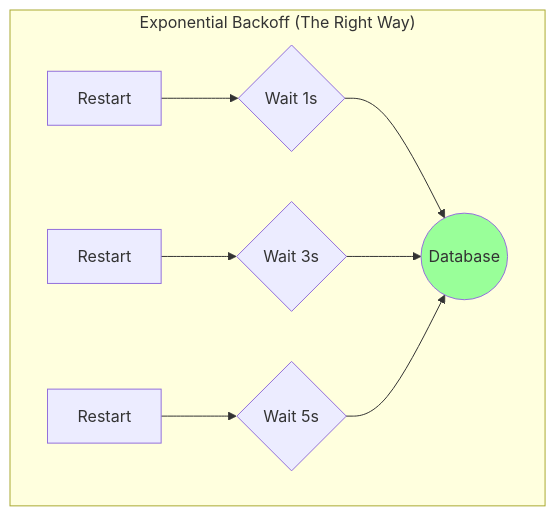
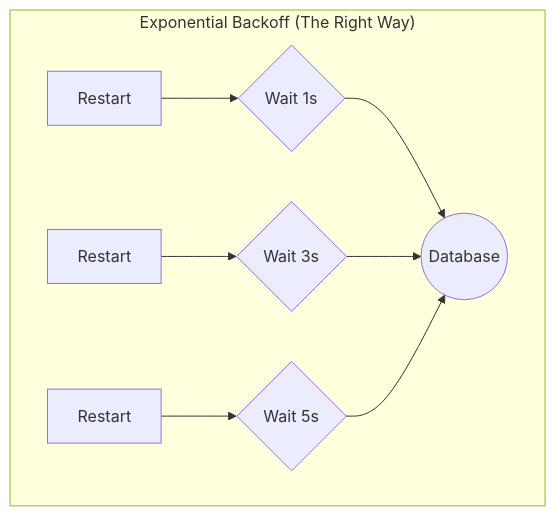
The sixth of 6 diagrams in content/blog/google-took-down-the-internet.md (isaaclins/isaaclins.github.io), drawn with Mermaid before and after one commit. The commit also changed other lines of this file and 2 other files, not shown here.

Commit message:
style: Remove unused styles from diagrams in blog posts

````diff
--- a/content/blog/google-took-down-the-internet.md
+++ b/content/blog/google-took-down-the-internet.md
@@ -122,9 +118,8 @@
 ```mermaid
 graph TD
     subgraph "Exponential Backoff (The Right Way)"
         H[Restart] --> I{Wait 1s} --> J((Database));
         K[Restart] --> L{Wait 3s} --> J;
         M[Restart] --> N{Wait 5s} --> J;
-        style J fill:#9f9
     end
 ```
````
